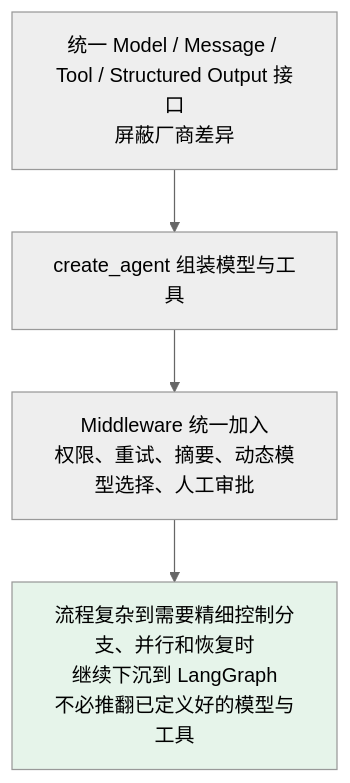
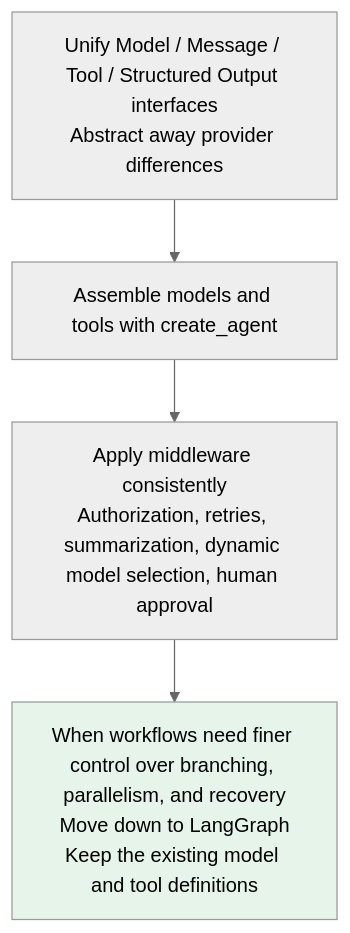
The first of 2 diagrams in docs/frameworks/01-langchain/03-ecosystem/07-langchain-vs-llamaindex.md (oneleaveknowsthefall/awesome-ai-roadmap), drawn with Mermaid (neutral theme) before and after one commit. The commit also changed other lines of this file and 70 other files, not shown here.

````diff
--- a/docs/frameworks/01-langchain/03-ecosystem/07-langchain-vs-llamaindex.md
+++ b/docs/frameworks/01-langchain/03-ecosystem/07-langchain-vs-llamaindex.md
@@ -31,8 +31,8 @@
 ```mermaid
 flowchart TB
-    A["统一 Model / Message / Tool / Structured Output 接口<br/>屏蔽厂商差异"] --> B["create_agent 组装模型与工具"]
-    B --> C["Middleware 统一加入<br/>权限、重试、摘要、动态模型选择、人工审批"]
-    C --> D["流程复杂到需要精细控制分支、并行和恢复时<br/>继续下沉到 LangGraph<br/>不必推翻已定义好的模型与工具"]
+    A["Unify Model / Message / Tool / Structured Output interfaces<br/>Abstract away provider differences"] --> B["Assemble models and tools with create_agent"]
+    B --> C["Apply middleware consistently<br/>Authorization, retries, summarization, dynamic model selection, human approval"]
+    C --> D["When workflows need finer control over branching, parallelism, and recovery<br/>Move down to LangGraph<br/>Keep the existing model and tool definitions"]
 
     style D fill:#e6f4ea
 ```
````
